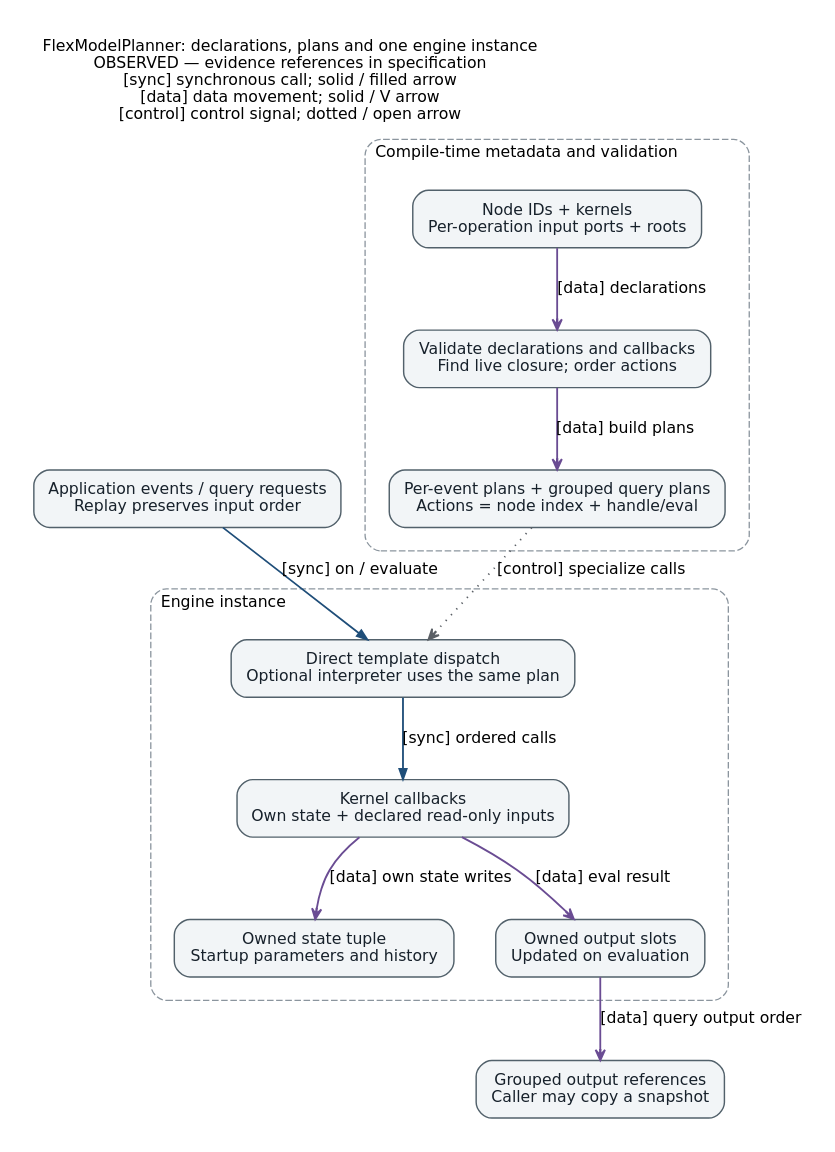
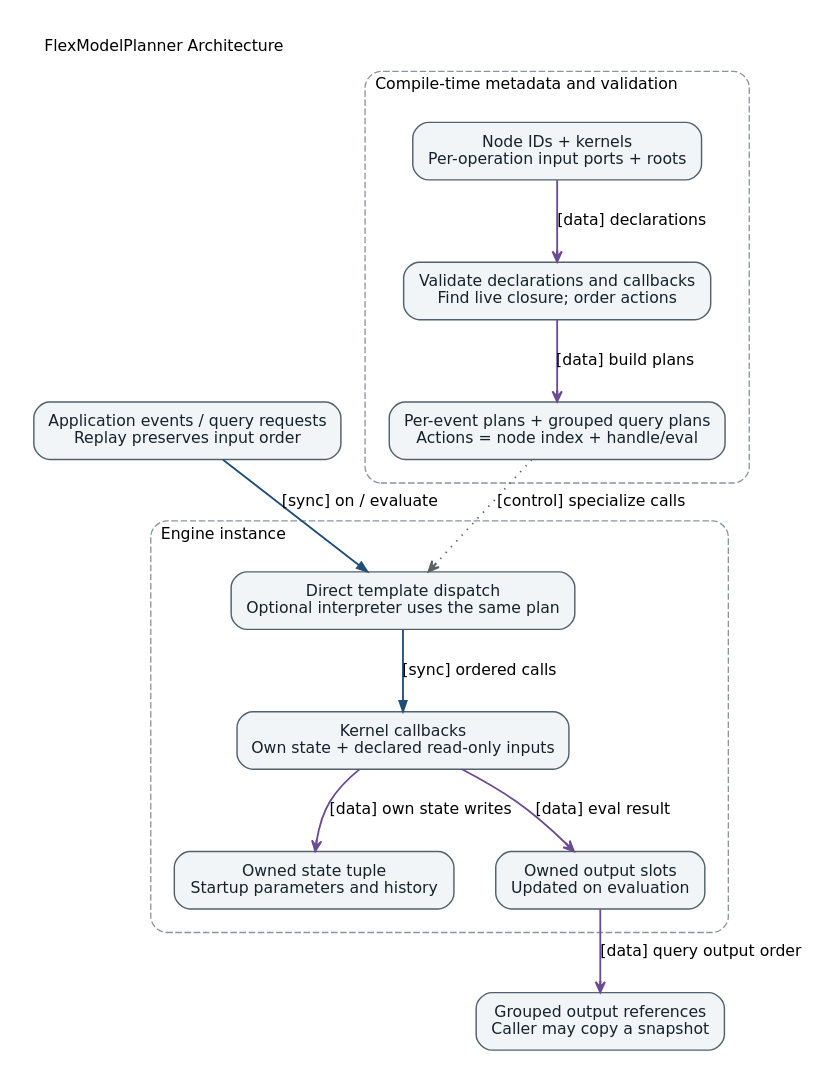
One commit to Obscurepawn/FlexModelPlanner changed the diagram in docs/figures/architecture/architecture.dot. Above: the diagram before and after it, drawn with Graphviz. The commit also changed 62 other files, not shown here.

```diff
--- a/docs/figures/architecture/architecture.dot
+++ b/docs/figures/architecture/architecture.dot
@@ -1,28 +1,28 @@
 digraph architecture {
-  graph [rankdir="TB", bgcolor="white", fontname="DejaVu Sans", fontsize="12", pad="0.25", nodesep="0.45", ranksep="0.7", labelloc="t", labeljust="l", label="FlexModelPlanner: declarations, plans and one engine instance\nOBSERVED — evidence references in specification\n[sync] synchronous call; solid / filled arrow\n[data] data movement; solid / V arrow\n[control] control signal; dotted / open arrow"];
+  graph [rankdir="TB", bgcolor="white", fontname="DejaVu Sans", fontsize="12", pad="0.25", nodesep="0.45", ranksep="0.7", labelloc="t", labeljust="l", label="FlexModelPlanner Architecture"];
   node [shape="box", style="rounded,filled", fillcolor="#F2F5F7", color="#52616B", fontcolor="#17212B", fontname="DejaVu Sans", fontsize="12", margin="0.17,0.12", penwidth="1.1"];
   edge [fontname="DejaVu Sans", fontsize="12", penwidth="1.4", arrowsize="0.8"];
   "records" [label="Application events / query requests\nReplay preserves input order", id="node-records"];
   "outputs" [label="Grouped output references\nCaller may copy a snapshot", id="node-outputs"];
   subgraph "cluster_compile" {
     graph [label="Compile-time metadata and validation", style="rounded,dashed", color="#8B959E", fontname="DejaVu Sans", fontsize="12", margin="18", labeljust="l"];
     "schema" [label="Node IDs + kernels\nPer-operation input ports + roots", id="node-schema"];
     "planner" [label="Validate declarations and callbacks\nFind live closure; order actions", id="node-planner"];
     "plans" [label="Per-event plans + grouped query plans\nActions = node index + handle/eval", id="node-plans"];
   }
   subgraph "cluster_runtime" {
     graph [label="Engine instance", style="rounded,dashed", color="#8B959E", fontname="DejaVu Sans", fontsize="12", margin="18", labeljust="l"];
     "dispatch" [label="Direct template dispatch\nOptional interpreter uses the same plan", id="node-dispatch"];
     "kernels" [label="Kernel callbacks\nOwn state + declared read-only inputs", id="node-kernels"];
     "state" [label="Owned state tuple\nStartup parameters and history", id="node-state"];
     "values" [label="Owned output slots\nUpdated on evaluation", id="node-values"];
   }
   "schema" -> "planner" [style="solid", color="#6A4C93", arrowhead="vee", label="[data] declarations", id="edge-1"];
   "planner" -> "plans" [style="solid", color="#6A4C93", arrowhead="vee", label="[data] build plans", id="edge-2"];
   "plans" -> "dispatch" [style="dotted", color="#5B6066", arrowhead="open", label="[control] specialize calls", id="edge-3"];
   "records" -> "dispatch" [style="solid", color="#1F4E79", arrowhead="normal", label="[sync] on / evaluate", id="edge-4"];
   "dispatch" -> "kernels" [style="solid", color="#1F4E79", arrowhead="normal", label="[sync] ordered calls", id="edge-5"];
   "kernels" -> "state" [style="solid", color="#6A4C93", arrowhead="vee", label="[data] own state writes", id="edge-6"];
   "kernels" -> "values" [style="solid", color="#6A4C93", arrowhead="vee", label="[data] eval result", id="edge-7"];
   "values" -> "outputs" [style="solid", color="#6A4C93", arrowhead="vee", label="[data] query output order", id="edge-8"];
 }
```
